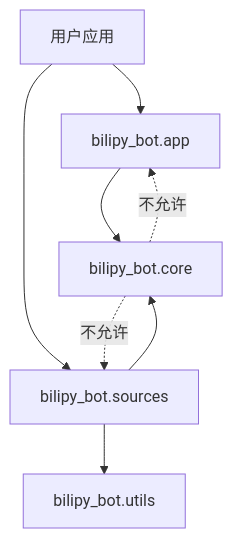
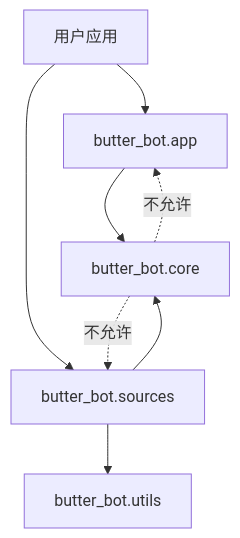
One commit to GEYUANwuqi/bilipy_bot changed the diagram in docs/guide/project-structure.md. Above: the diagram before and after it, drawn with Mermaid. The commit also changed other lines of this file and 192 other files, not shown here.

Commit message:
refactor(project): 更名为 Butter-Bot

````diff
--- a/docs/guide/project-structure.md
+++ b/docs/guide/project-structure.md
@@ -62,10 +62,10 @@
 ```mermaid
 flowchart TD
-  U[用户应用] --> APP[bilipy_bot.app]
-  APP --> CORE[bilipy_bot.core]
-  U --> SOURCES[bilipy_bot.sources]
+  U[用户应用] --> APP[butter_bot.app]
+  APP --> CORE[butter_bot.core]
+  U --> SOURCES[butter_bot.sources]
   SOURCES --> CORE
-  SOURCES --> UTILS[bilipy_bot.utils]
+  SOURCES --> UTILS[butter_bot.utils]
   CORE -. 不允许 .-> APP
   CORE -. 不允许 .-> SOURCES
 ```
````
